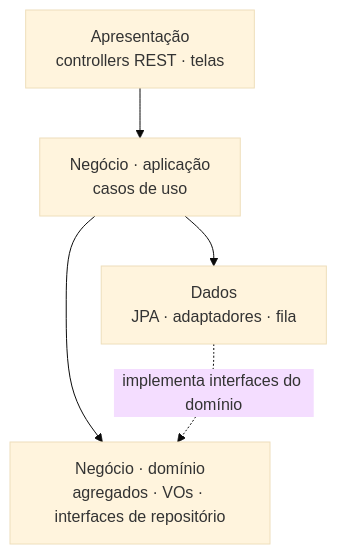
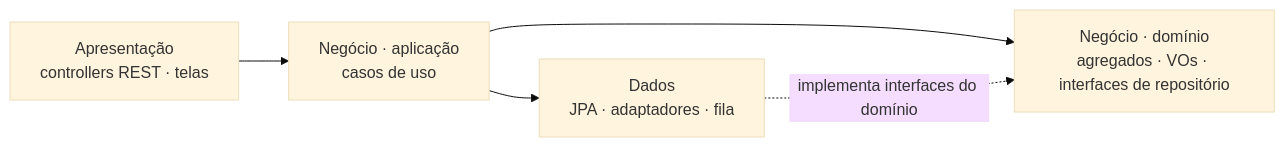
Before and after one commit to egs3-coder/Trabalho-U2-Parte-2-Planejamento-da-remodelagem: the diagram in docs/arquitetura/camadas/regra-de-dependencia.mmd, drawn with Mermaid (base theme). The commit also changed 2 other files, not shown here.

```diff
--- a/docs/arquitetura/camadas/regra-de-dependencia.mmd
+++ b/docs/arquitetura/camadas/regra-de-dependencia.mmd
@@ -1,5 +1,5 @@
-flowchart TB
+flowchart LR
   AP["Apresentação\ncontrollers REST · telas"] --> APL["Negócio · aplicação\ncasos de uso"]
   APL --> DOM["Negócio · domínio\nagregados · VOs · interfaces de repositório"]
-  DAD["Dados\nJPA · adaptadores · fila"] -. implementa interfaces do domínio .-> DOM
-  APL --> DAD
+  APL --> DAD["Dados\nJPA · adaptadores · fila"]
+  DAD -. "implementa interfaces do domínio" .-> DOM
```
